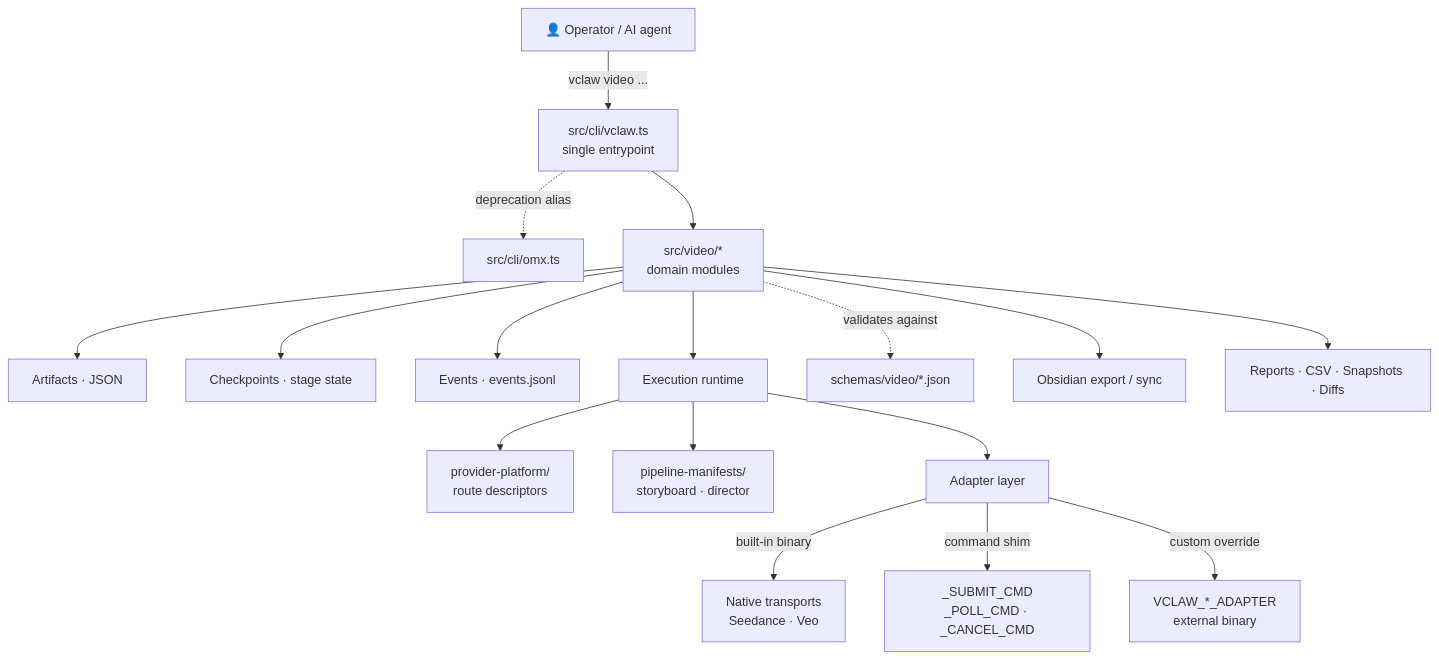
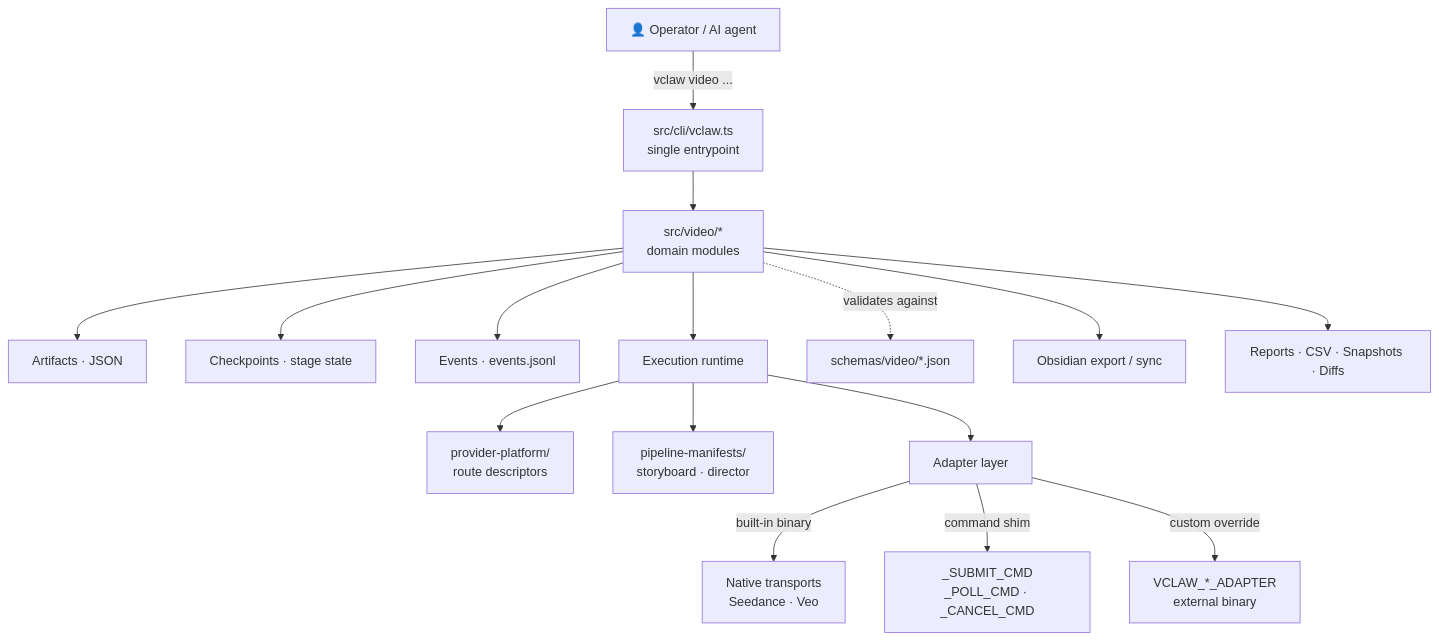
Before and after one commit to davendra/videoclaw-v3: the first of 3 diagrams in README.md, drawn with Mermaid. The commit also changed other lines of this file and 5 other files, not shown here.

````diff
--- a/README.md
+++ b/README.md
@@ -139,24 +138,23 @@
 ```mermaid
 flowchart TB
     U[👤 Operator / AI agent]
     U -->|vclaw video ...| CLI["src/cli/vclaw.ts<br/>single entrypoint"]
-    CLI -. deprecation alias .-> OMX[src/cli/omx.ts]
     CLI --> CORE["src/video/*<br/>domain modules"]
 
     CORE --> ART[Artifacts · JSON]
     CORE --> CKPT[Checkpoints · stage state]
     CORE --> EVT["Events · events.jsonl"]
     CORE --> RT[Execution runtime]
 
     RT --> PP[provider-platform/<br/>route descriptors]
     RT --> PM[pipeline-manifests/<br/>storyboard · director]
     RT --> ADP[Adapter layer]
 
     ADP -->|built-in binary| NAT["Native transports<br/>Seedance · Veo"]
     ADP -->|command shim| CMD["_SUBMIT_CMD<br/>_POLL_CMD · _CANCEL_CMD"]
     ADP -->|custom override| EXT["VCLAW_*_ADAPTER<br/>external binary"]
 
     CORE -. validates against .-> SCH["schemas/video/*.json"]
     CORE --> OBS[Obsidian export / sync]
     CORE --> REP[Reports · CSV · Snapshots · Diffs]
 ```
````
